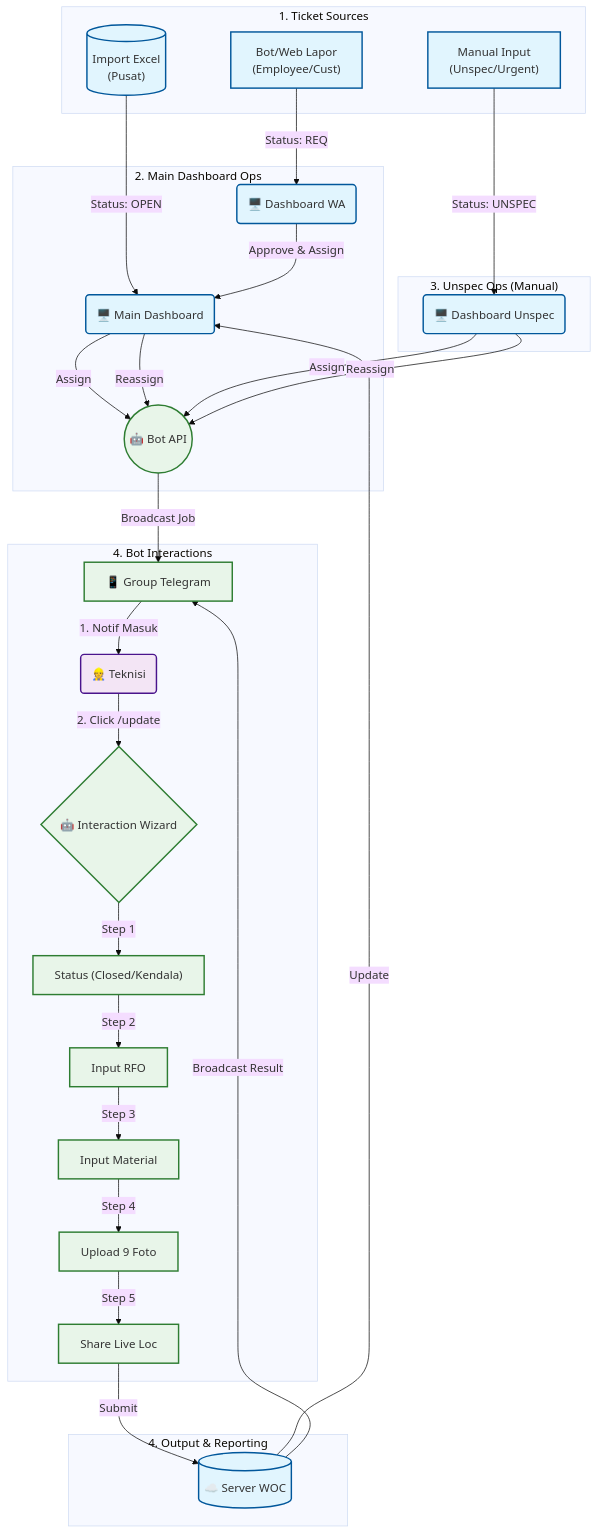
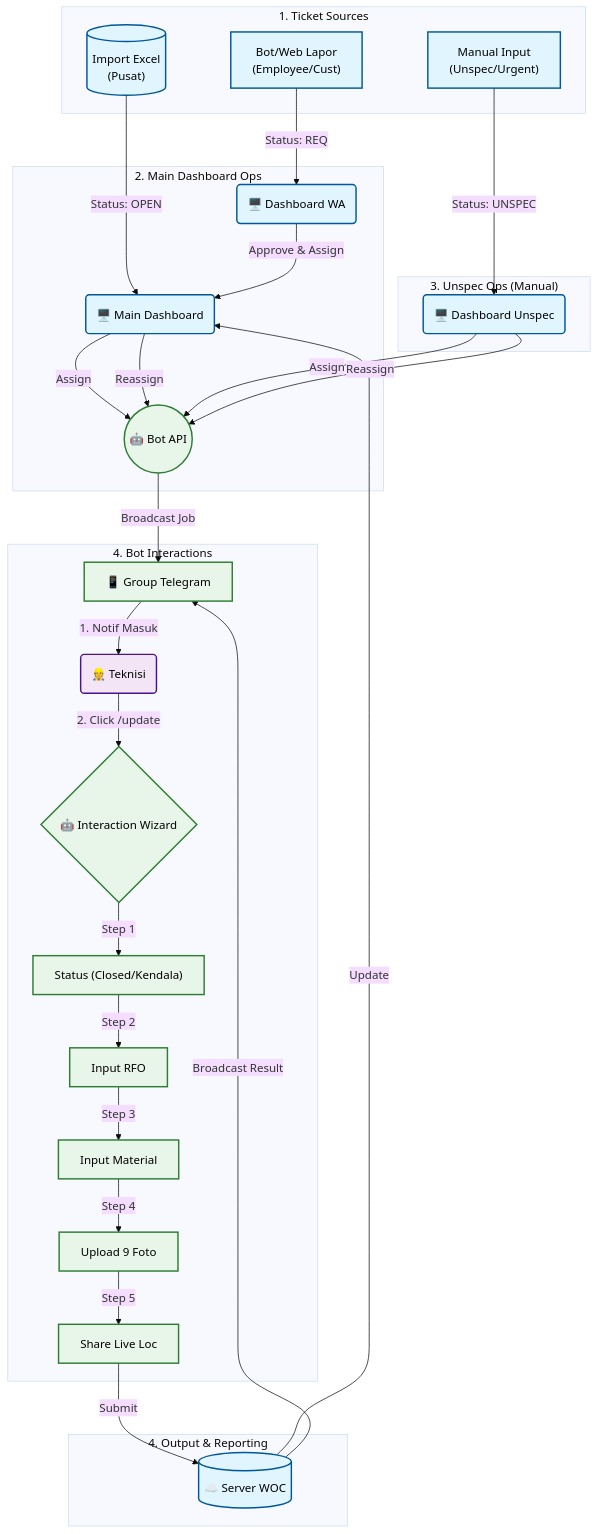
Before and after one commit to Just0rdinaryGuy/unspec-dash: the diagram in WOC_MASTER_DOCUMENT.md, drawn with Mermaid (base theme). The commit also changed other lines of this file, not shown here.

Commit message:
docs: Change Mermaid diagram font color to Black for better readability

````diff
--- a/WOC_MASTER_DOCUMENT.md
+++ b/WOC_MASTER_DOCUMENT.md
@@ -43,51 +43,51 @@
 ```mermaid
 graph TD
     %% Styling
-    classDef dash fill:#e1f5fe,stroke:#01579b,stroke-width:2px;
-    classDef bot fill:#e8f5e9,stroke:#2e7d32,stroke-width:2px;
-    classDef actor fill:#f3e5f5,stroke:#4a148c,stroke-width:2px;
+    classDef dash fill:#e1f5fe,stroke:#01579b,stroke-width:2px,color:#000000;
+    classDef bot fill:#e8f5e9,stroke:#2e7d32,stroke-width:2px,color:#000000;
+    classDef actor fill:#f3e5f5,stroke:#4a148c,stroke-width:2px,color:#000000;
 
     subgraph Sources ["1. Ticket Sources"]
     S1[("Import Excel<br/>(Pusat)")]
     S2["Manual Input<br/>(Unspec/Urgent)"]
     S3["Bot/Web Lapor<br/>(Employee/Cust)"]
     end
     class S1,S2,S3 dash;
 
     subgraph Dash ["2. Main Dashboard Ops"]
     S1 -->|Status: OPEN| D_MAIN("🖥️ Main Dashboard")
     S3 -->|Status: REQ| D_WA("🖥️ Dashboard WA")
     D_WA -->|Approve & Assign| D_MAIN
     D_MAIN -->|Assign| BOT_API(("🤖 Bot API"))
     D_MAIN -->|Reassign | BOT_API
     end
 
     subgraph UnspecDash ["3. Unspec Ops (Manual)"]
     S2 -->|Status: UNSPEC| D_UNSPEC("🖥️ Dashboard Unspec")
     D_UNSPEC -->|Assign| BOT_API
     D_UNSPEC -->|Reassign| BOT_API
     end
     class D_MAIN,D_WA,D_UNSPEC dash;
 
     subgraph Bot ["4. Bot Interactions"]
     BOT_API -->|Broadcast Job| TG_GROUP["📱 Group Telegram"]
     
     TG_GROUP -->|1. Notif Masuk| TECH("👷 Teknisi")
     TECH -->|2. Click /update| WIZARD{"🤖 Interaction Wizard"}
     
     WIZARD -->|Step 1| W_STAT["Status (Closed/Kendala)"]
     W_STAT -->|Step 2| W_RFO["Input RFO"]
     W_RFO -->|Step 3| W_MAT["Input Material"]
     W_MAT -->|Step 4| W_FOTO["Upload 9 Foto"]
     W_FOTO -->|Step 5| W_LOC["Share Live Loc"]
     end
     class BOT_API,TG_GROUP,WIZARD,W_STAT,W_RFO,W_MAT,W_FOTO,W_LOC bot;
     class TECH actor;
 
     subgraph Output ["4. Output & Reporting"]
     W_LOC -->|Submit| SERVER[("☁️ Server WOC")]
     SERVER -->|Update| D_MAIN
     SERVER -->|Broadcast Result| TG_GROUP
     end
     class SERVER dash;
 ```
````
